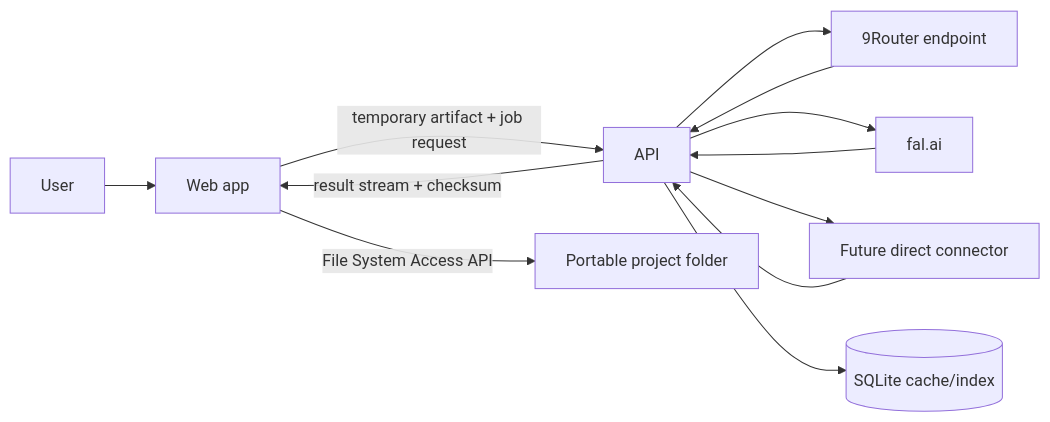
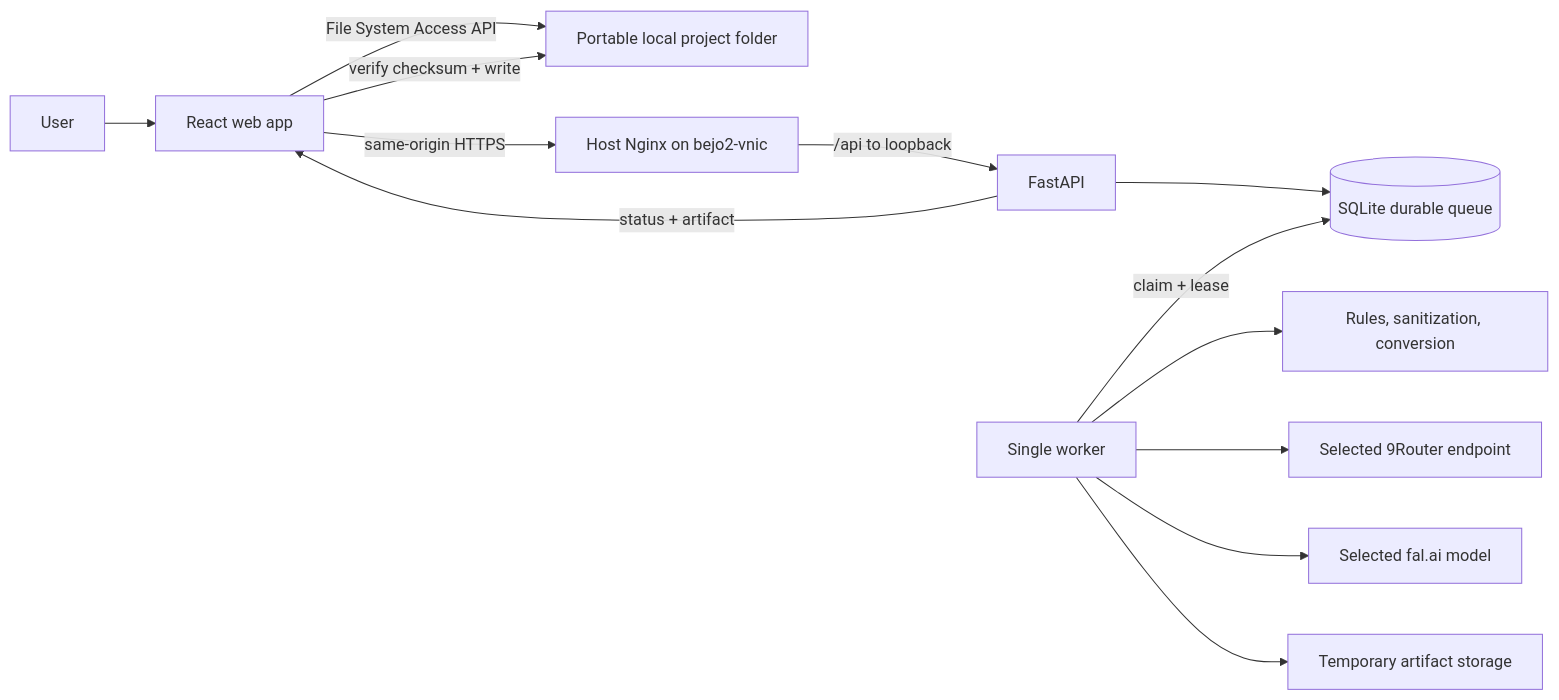
Before and after one commit to rizzalaulia/GandiwaStudio: the diagram in docs/ARCHITECTURE.md, drawn with Mermaid. The commit also changed other lines of this file and 29 other files, not shown here.

Commit message:
docs: lock MVP architecture and bejo2 deployment

````diff
--- a/docs/ARCHITECTURE.md
+++ b/docs/ARCHITECTURE.md
@@ -7,14 +15,15 @@
 ```mermaid
 flowchart LR
-  U[User] --> W[Web app]
-  W -->|temporary artifact + job request| A[API]
-  A --> N[9Router endpoint]
-  A --> F[fal.ai]
-  A --> X[Future direct connector]
-  N --> A
-  F --> A
-  X --> A
-  A -->|result stream + checksum| W
-  W -->|File System Access API| P[Portable project folder]
-  A --> D[(SQLite cache/index)]
+  U[User] --> W[React web app]
+  W -->|File System Access API| P[Portable local project folder]
+  W -->|same-origin HTTPS| N[Host Nginx on bejo2-vnic]
+  N -->|/api to loopback| A[FastAPI]
+  A --> Q[(SQLite durable queue)]
+  K[Single worker] -->|claim + lease| Q
+  K --> R[Rules, sanitization, conversion]
+  K --> NR[Selected 9Router endpoint]
+  K --> F[Selected fal.ai model]
+  K --> T[Temporary artifact storage]
+  A -->|status + artifact| W
+  W -->|verify checksum + write| P
 ```
````
